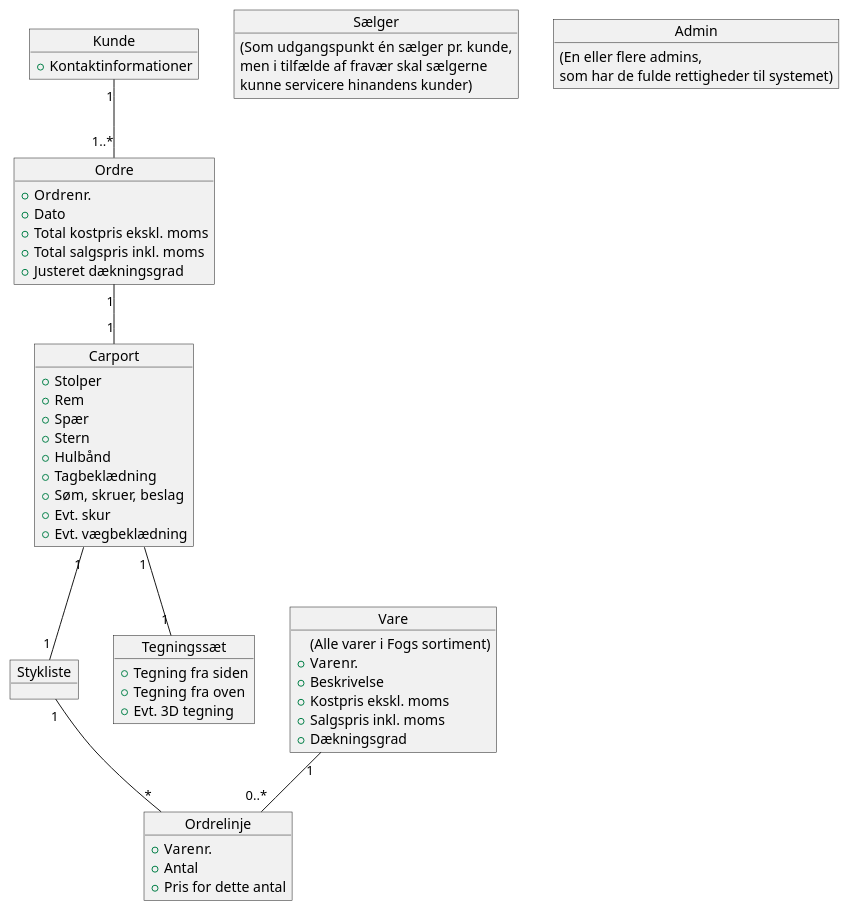
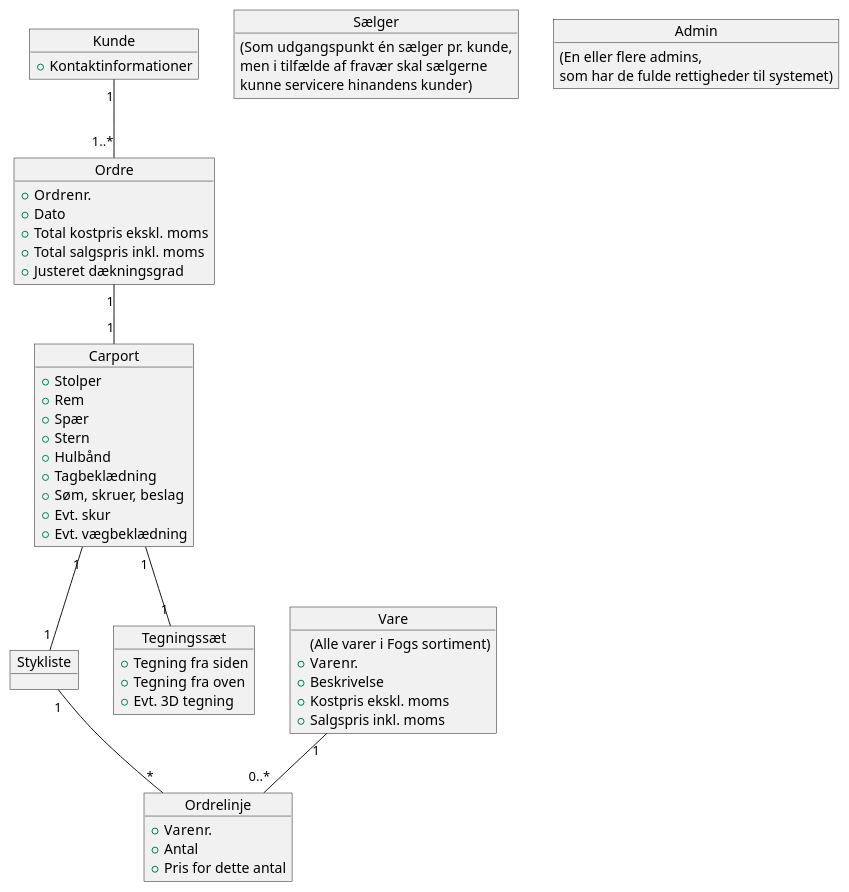
Before and after one commit to mrPrimeBeef/FogCarport: the diagram in src/design/DomainModel.puml, drawn with PlantUML.

```diff
--- a/src/design/DomainModel.puml
+++ b/src/design/DomainModel.puml
@@ -1,59 +1,58 @@
 @startuml
 object Kunde {
 +Kontaktinformationer
 }
 object Sælger {
 (Som udgangspunkt én sælger pr. kunde,
 men i tilfælde af fravær skal sælgerne
 kunne servicere hinandens kunder)
 }
 object Admin {
 (En eller flere admins,
 som har de fulde rettigheder til systemet)
 }
 object Carport {
 +Stolper
 +Rem
 +Spær
 +Stern
 +Hulbånd
 +Tagbeklædning
 +Søm, skruer, beslag
 +Evt. skur
 +Evt. vægbeklædning
 }
 object Stykliste
 object Tegningssæt {
 +Tegning fra siden
 +Tegning fra oven
 +Evt. 3D tegning
 }
 object Ordre {
 +Ordrenr.
 +Dato
 +Total kostpris ekskl. moms
 +Total salgspris inkl. moms
 +Justeret dækningsgrad
 }
 object Ordrelinje {
 +Varenr.
 +Antal
 +Pris for dette antal
 }
 object Vare{
 (Alle varer i Fogs sortiment)
 +Varenr.
 +Beskrivelse
 +Kostpris ekskl. moms
 +Salgspris inkl. moms
-+Dækningsgrad
 }
 
 Kunde "1" -- "1..*" Ordre
 Ordre "1" -- "1" Carport
 Carport "1" -- "1" Tegningssæt
 Carport "1" -- "1" Stykliste
 Stykliste "1" -- "*" Ordrelinje
 Vare "1" -- "0..*" Ordrelinje
 
 @enduml
```
